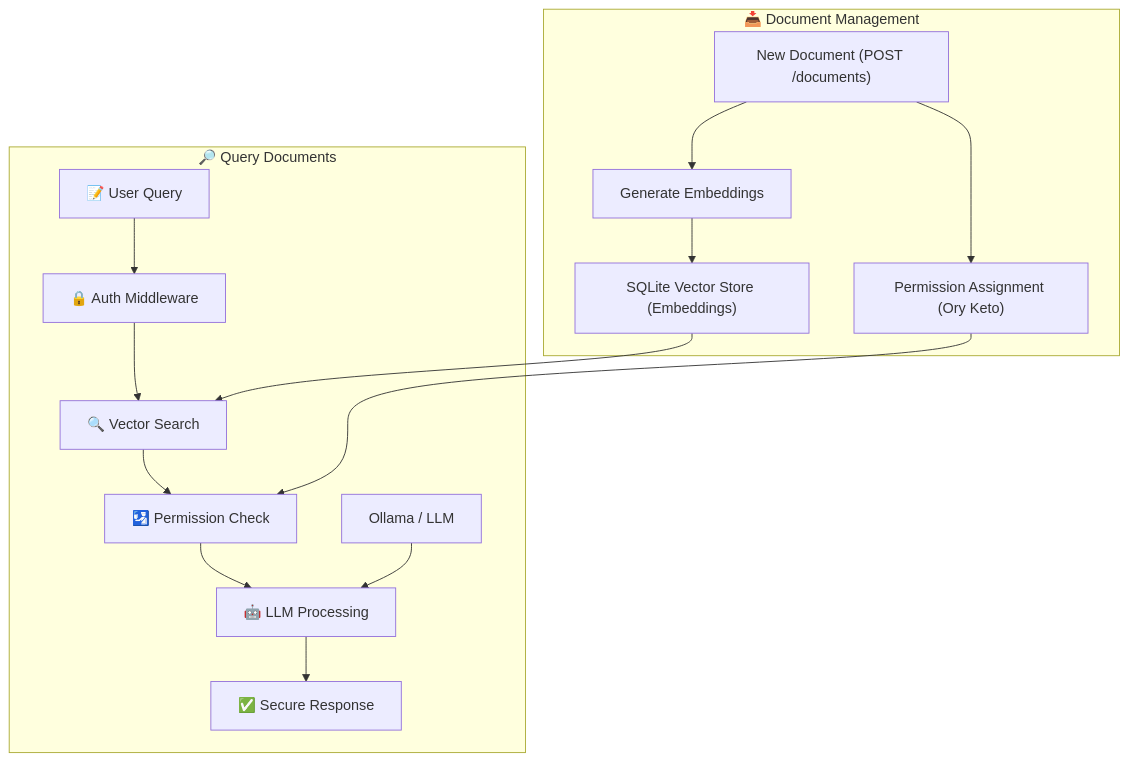
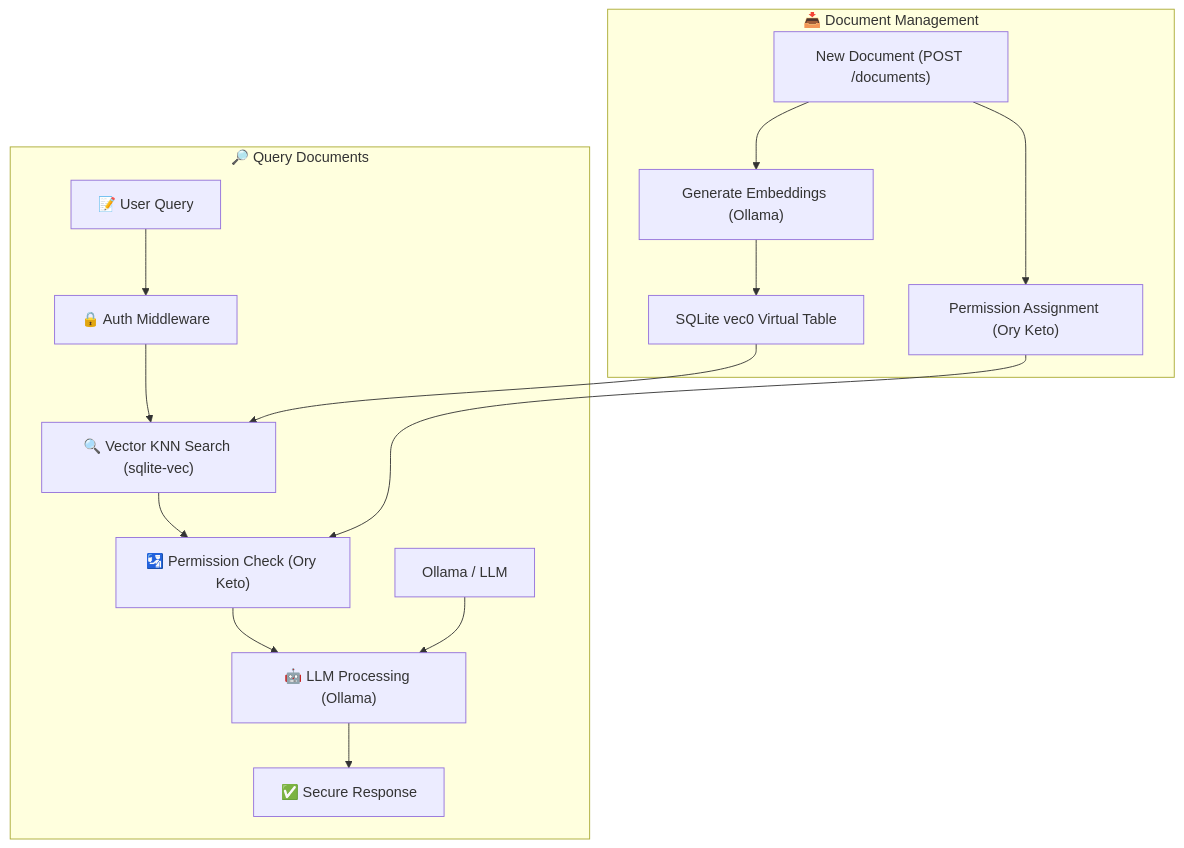
The diagram in README.md (ory/rerag-rbac-rag-llm), drawn with Mermaid before and after one commit. The commit also changed other lines of this file and 11 other files, not shown here.

Commit message:
feat: use sqlite-vec for vector lookup (#6)

````diff
--- a/README.md
+++ b/README.md
@@ -124,32 +133,32 @@
 ```mermaid
 graph TD
 
     %% ------------------------
     %% Add documents flow
     %% ------------------------
     subgraph ADD["📥 Document Management"]
       AA["New Document (POST /documents)"]
       AA --> H["Permission Assignment (Ory Keto)"]
-      AA --> DD["Generate Embeddings"]
+      AA --> DD["Generate Embeddings (Ollama)"]
       DD --> I
     end
 
     %% ------------------------
     %% Query flow
     %% ------------------------
     subgraph QUERY["🔎 Query Documents"]
       A["📝 User Query"]
       A --> B["🔒 Auth Middleware"]
-      B --> D["🔍 Vector Search"]
-      D --> E["🛂 Permission Check"]
-      E --> F["🤖 LLM Processing"]
+      B --> D["🔍 Vector KNN Search (sqlite-vec)"]
+      D --> E["🛂 Permission Check (Ory Keto)"]
+      E --> F["🤖 LLM Processing (Ollama)"]
       F --> G["✅ Secure Response"]
-      I["SQLite Vector Store (Embeddings)"]
+      I["SQLite vec0 Virtual Table"]
       J["Ollama / LLM"]
     end
 
     %% Wiring external systems
     H --> E
     I --> D
     J --> F
 ```
````
